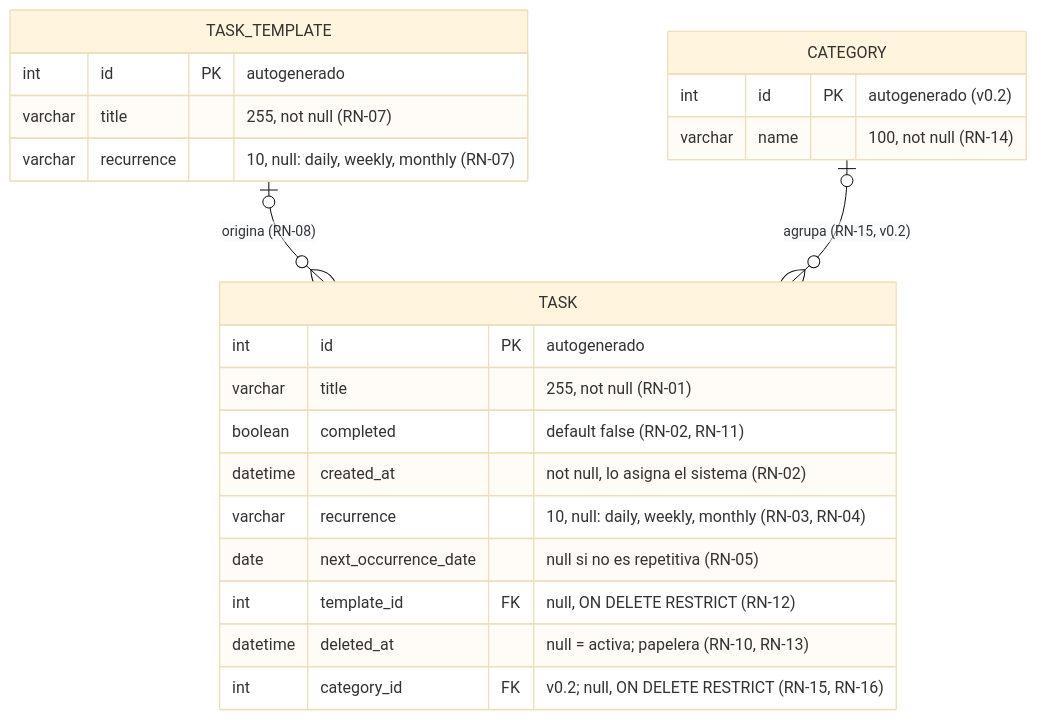
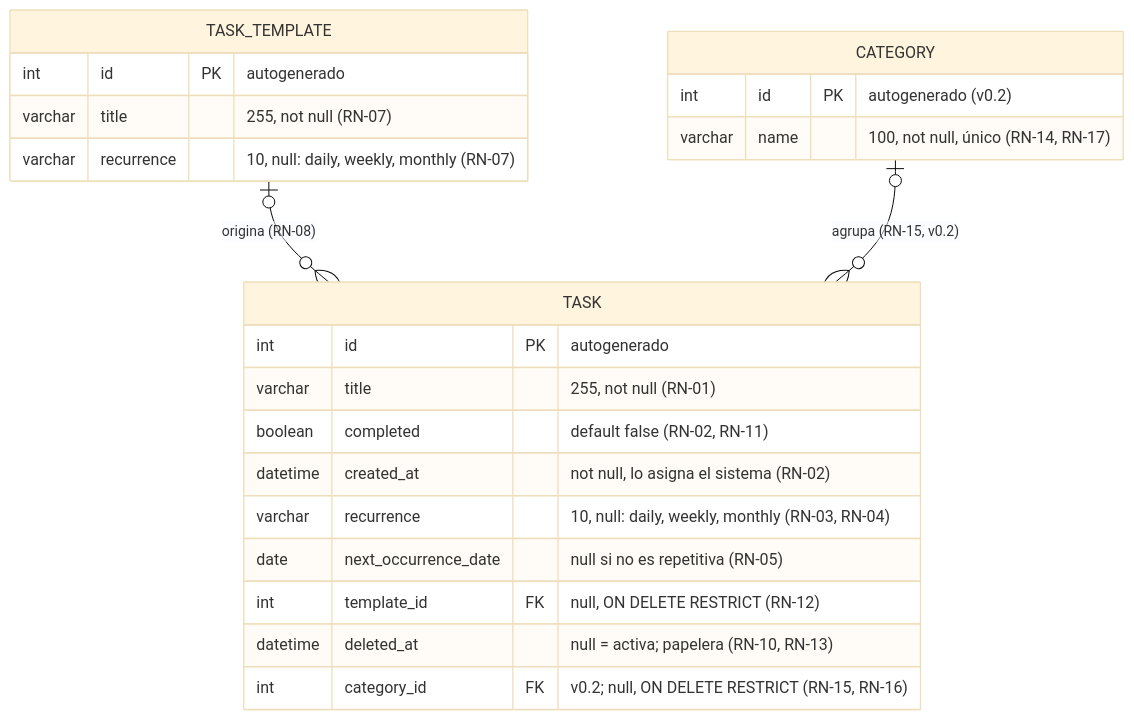
One commit to hispafox/DemoAgentes changed the diagram in docs/analisis.md. Above: the diagram before and after it, drawn with Mermaid (base theme). The commit also changed other lines of this file and 3 other files, not shown here.

````diff
--- a/docs/analisis.md
+++ b/docs/analisis.md
@@ -70,28 +70,28 @@
 ```mermaid
 erDiagram
     TASK_TEMPLATE |o--o{ TASK : "origina (RN-08)"
     CATEGORY |o--o{ TASK : "agrupa (RN-15, v0.2)"
 
     TASK {
         int id PK "autogenerado"
         varchar title "255, not null (RN-01)"
         boolean completed "default false (RN-02, RN-11)"
         datetime created_at "not null, lo asigna el sistema (RN-02)"
         varchar recurrence "10, null: daily, weekly, monthly (RN-03, RN-04)"
         date next_occurrence_date "null si no es repetitiva (RN-05)"
         int template_id FK "null, ON DELETE RESTRICT (RN-12)"
         datetime deleted_at "null = activa; papelera (RN-10, RN-13)"
         int category_id FK "v0.2; null, ON DELETE RESTRICT (RN-15, RN-16)"
     }
 
     TASK_TEMPLATE {
         int id PK "autogenerado"
         varchar title "255, not null (RN-07)"
         varchar recurrence "10, null: daily, weekly, monthly (RN-07)"
     }
 
     CATEGORY {
         int id PK "autogenerado (v0.2)"
-        varchar name "100, not null (RN-14)"
+        varchar name "100, not null, único (RN-14, RN-17)"
     }
 ```
````
